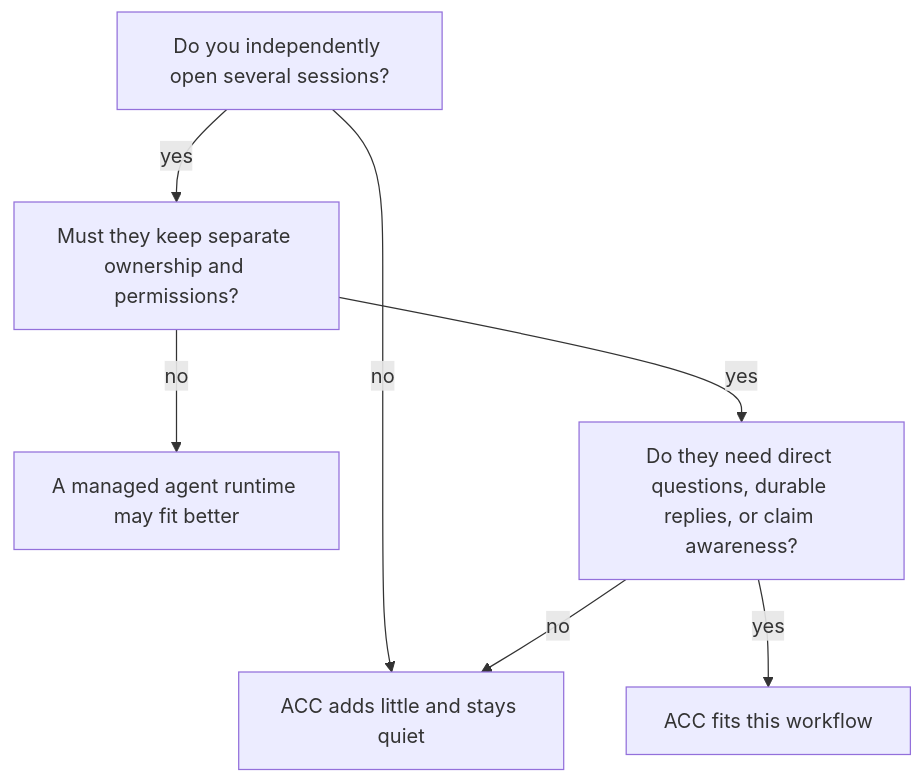
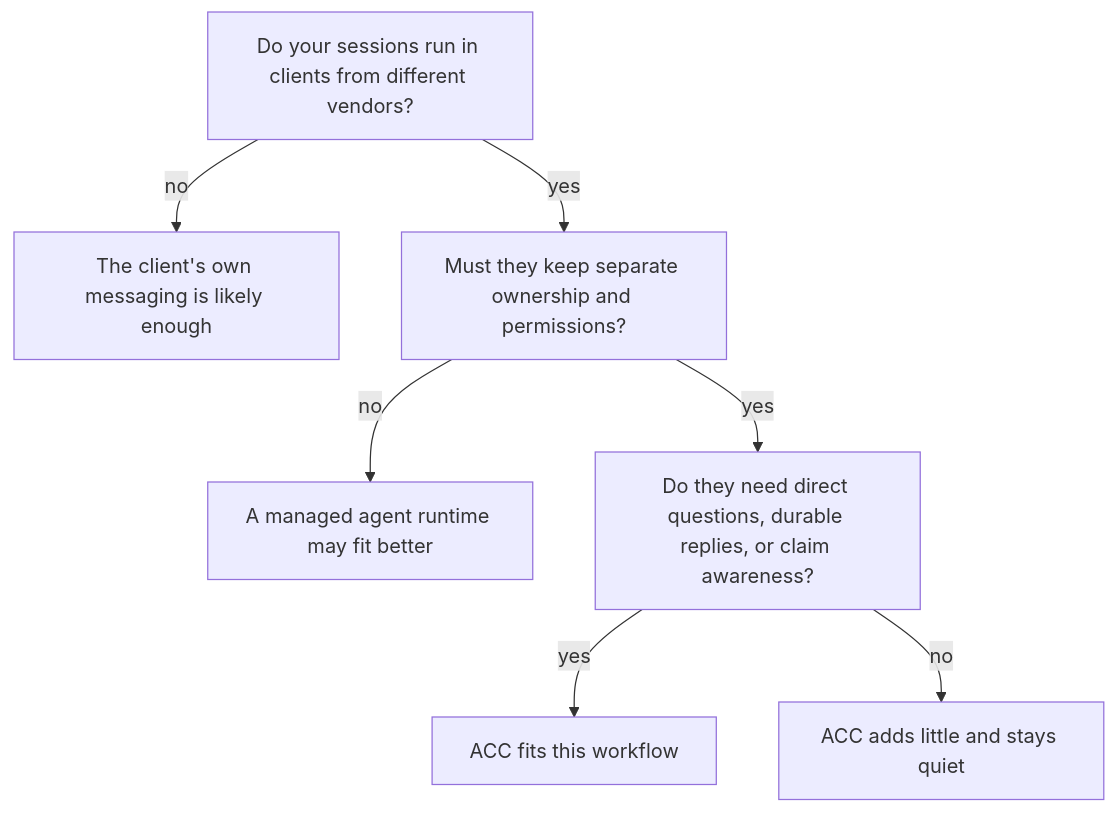
One commit to automatis-tools/agents-can-communicate changed the diagram in docs/WHY_ACC.md. Above: the diagram before and after it, drawn with Mermaid. The commit also changed other lines of this file and 7 other files, not shown here.

First line of the commit message:
docs: the README and docs lead with messages between different vendors' clients

````diff
--- a/docs/WHY_ACC.md
+++ b/docs/WHY_ACC.md
@@ -16,9 +22,9 @@
 ```mermaid
 flowchart TD
-  A["Do you independently open several sessions?"] -->|no| N["ACC adds little and stays quiet"]
+  A["Do your sessions run in clients from different vendors?"] -->|no| V["The client's own messaging is likely enough"]
   A -->|yes| B["Must they keep separate ownership and permissions?"]
   B -->|no| M["A managed agent runtime may fit better"]
   B -->|yes| C["Do they need direct questions, durable replies, or claim awareness?"]
   C -->|yes| Y["ACC fits this workflow"]
-  C -->|no| N
+  C -->|no| N["ACC adds little and stays quiet"]
 ```
````
